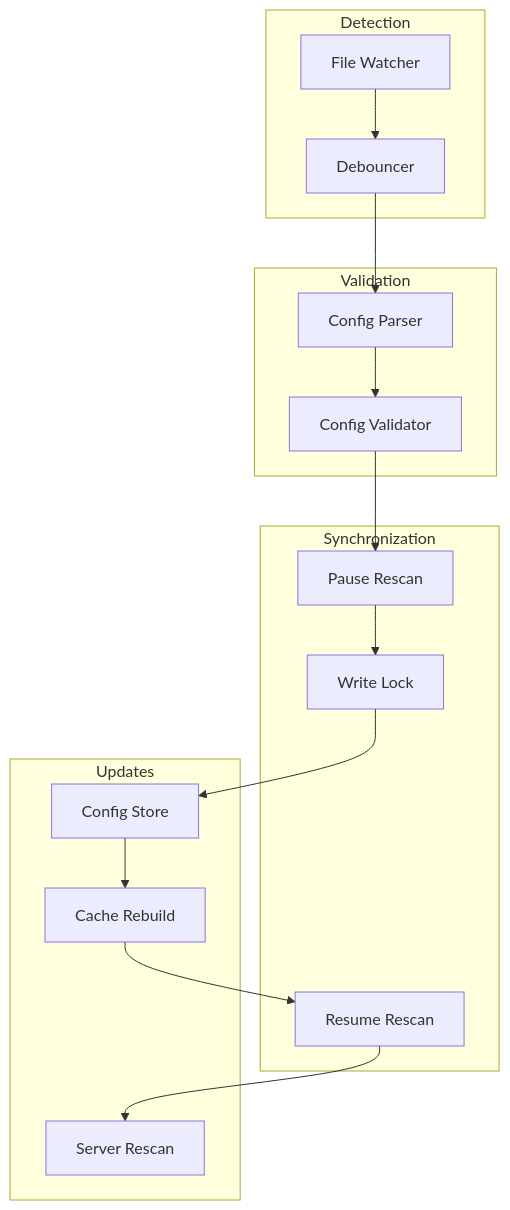
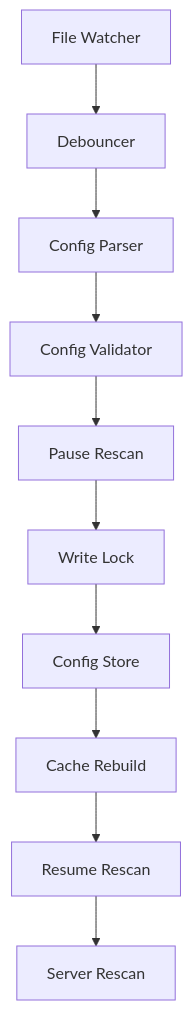
The first of 12 diagrams in crates/watcher/docs/hot-reload.md (Lighty-Launcher/LightyUpdater), drawn with Mermaid before and after one commit. The commit also changed other lines of this file and 33 other files, not shown here.

Commit message:
improve docs with mermaid implémentation for gitbook

````diff
--- a/crates/watcher/docs/hot-reload.md
+++ b/crates/watcher/docs/hot-reload.md
@@ -9,35 +9,13 @@
 ```mermaid
-graph TB
-    subgraph Detection
-        FW[File Watcher]
-        Debounce[Debouncer]
-    end
+flowchart TB
+    FW[File Watcher] --> Debounce[Debouncer]
+    Debounce --> Parser[Config Parser]
+    Parser --> Validator[Config Validator]
 
-    subgraph Validation
-        Parser[Config Parser]
-        Validator[Config Validator]
-    end
-
-    subgraph Synchronization
-        Pause[Pause Rescan]
-        Lock[Write Lock]
-        Resume[Resume Rescan]
-    end
-
-    subgraph Updates
-        ConfigStore[Config Store]
-        CacheRebuild[Cache Rebuild]
-        ServerRescan[Server Rescan]
-    end
-
-    FW --> Debounce
-    Debounce --> Parser
-    Parser --> Validator
-
-    Validator --> Pause
-    Pause --> Lock
-    Lock --> ConfigStore
-    ConfigStore --> CacheRebuild
-    CacheRebuild --> Resume
-    Resume --> ServerRescan
+    Validator --> Pause[Pause Rescan]
+    Pause --> Lock[Write Lock]
+    Lock --> ConfigStore[Config Store]
+    ConfigStore --> CacheRebuild[Cache Rebuild]
+    CacheRebuild --> Resume[Resume Rescan]
+    Resume --> ServerRescan[Server Rescan]
 ```
````
